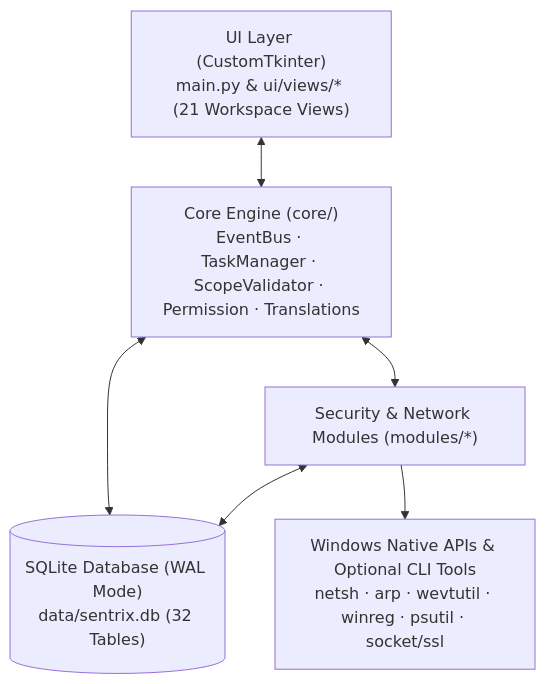
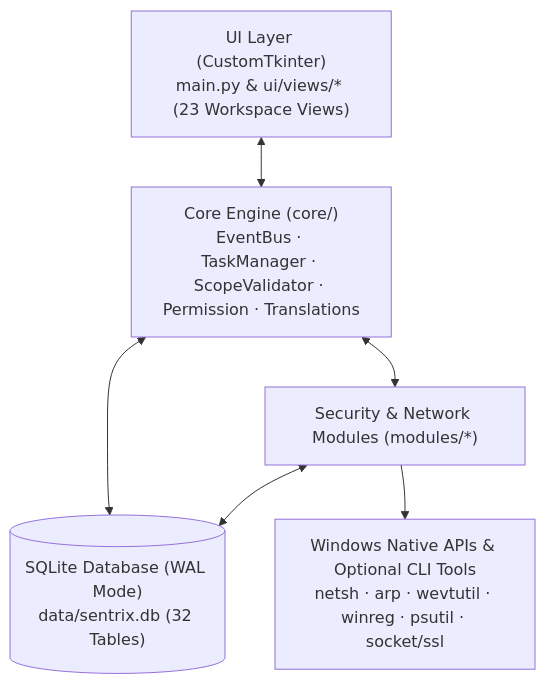
The diagram in README.md (mert-carli/SENTRIX), drawn with Mermaid before and after one commit. The commit also changed other lines of this file, not shown here.

````diff
--- a/README.md
+++ b/README.md
@@ -48,14 +48,14 @@
 ```mermaid
 flowchart TD
-    UI["UI Layer (CustomTkinter)\nmain.py & ui/views/* (21 Workspace Views)"]
+    UI["UI Layer (CustomTkinter)\nmain.py & ui/views/* (23 Workspace Views)"]
     Core["Core Engine (core/)\nEventBus · TaskManager · ScopeValidator · Permission · Translations"]
     DB[("SQLite Database (WAL Mode)\ndata/sentrix.db (32 Tables)")]
     Mods["Security & Network Modules (modules/*)"]
     OS["Windows Native APIs & Optional CLI Tools\nnetsh · arp · wevtutil · winreg · psutil · socket/ssl"]
 
     UI <--> Core
     Core <--> Mods
     Core <--> DB
     Mods <--> DB
     Mods --> OS
 ```
````
